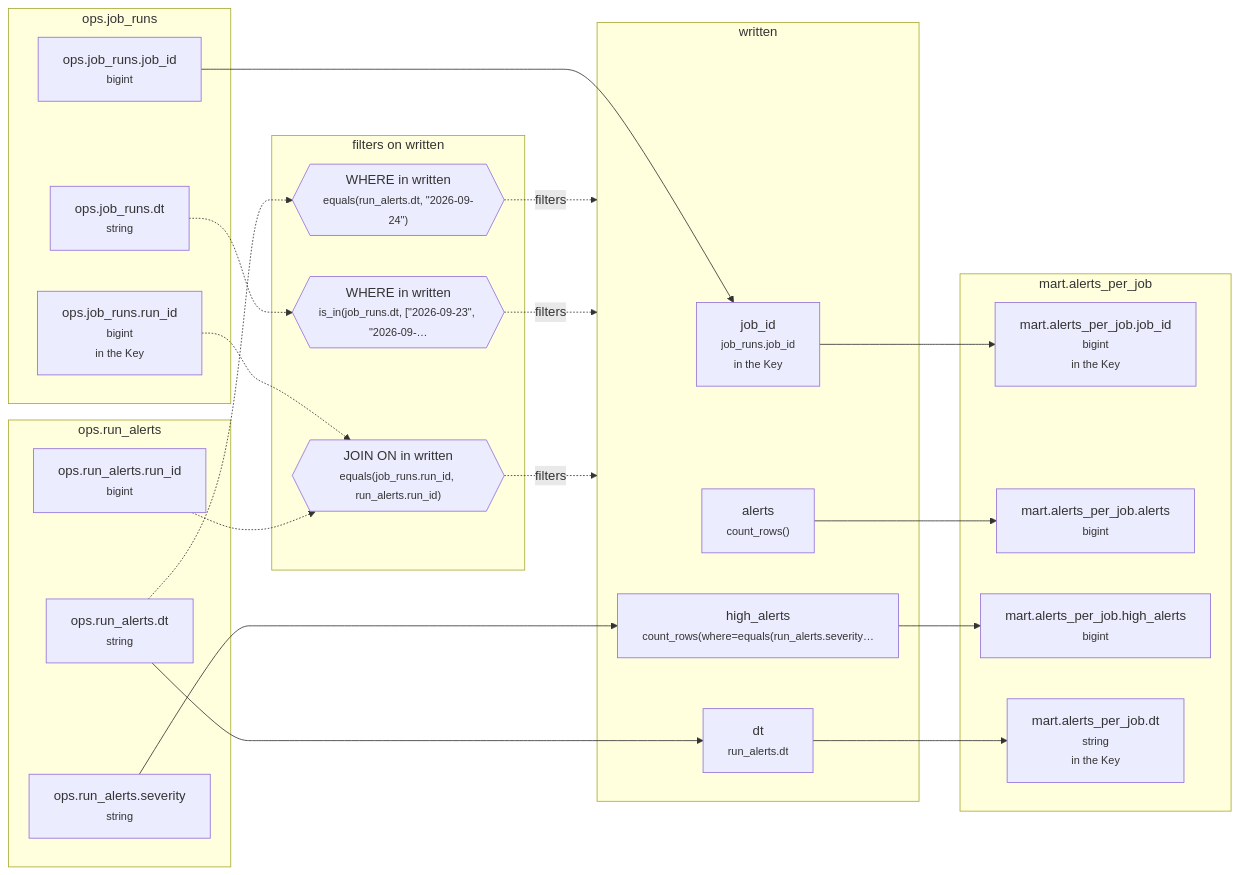
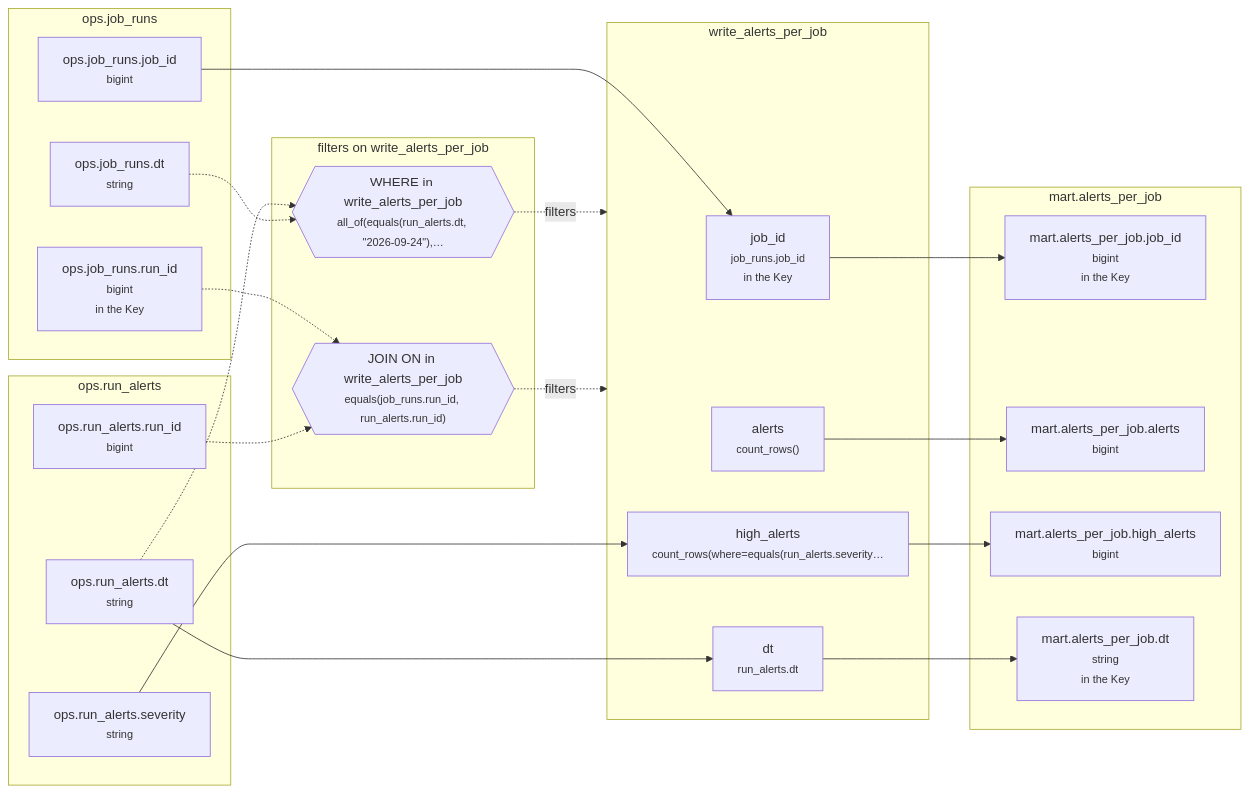
One commit to EdgyPage/SQL-Composer changed the diagram in example_projects/starter/tables/mart__alerts_per_job/lineage/20260925-060000-mart__alerts_per_job.md. Above: the diagram before and after it, drawn with Mermaid. The commit also changed other lines of this file and 148 other files, not shown here.

````diff
--- a/example_projects/starter/tables/mart__alerts_per_job/lineage/20260925-060000-mart__alerts_per_job.md
+++ b/example_projects/starter/tables/mart__alerts_per_job/lineage/20260925-060000-mart__alerts_per_job.md
@@ -7,44 +7,42 @@
 ```mermaid
 flowchart LR
   subgraph g0["ops.job_runs"]
     n0["ops.job_runs.job_id<br/><small>bigint</small>"]
-    n9["ops.job_runs.dt<br/><small>string</small>"]
-    n11["ops.job_runs.run_id<br/><small>bigint</small><br/><small>in the Key</small>"]
+    n8["ops.job_runs.dt<br/><small>string</small>"]
+    n10["ops.job_runs.run_id<br/><small>bigint</small><br/><small>in the Key</small>"]
   end
-  subgraph g1["written"]
+  subgraph g1["write_alerts_per_job"]
     n1["job_id<br/><small>job_runs.job_id</small><br/><small>in the Key</small>"]
     n2["alerts<br/><small>count_rows()</small>"]
     n4["high_alerts<br/><small>count_rows(where=equals(run_alerts.severity…</small>"]
     n6["dt<br/><small>run_alerts.dt</small>"]
   end
   subgraph g2["ops.run_alerts"]
     n3["ops.run_alerts.severity<br/><small>string</small>"]
     n5["ops.run_alerts.dt<br/><small>string</small>"]
-    n12["ops.run_alerts.run_id<br/><small>bigint</small>"]
+    n11["ops.run_alerts.run_id<br/><small>bigint</small>"]
   end
-  subgraph g3["filters on written"]
-    n7{{"WHERE in written<br/><small>equals(run_alerts.dt, #quot;2026-09-24#quot;)</small>"}}
-    n8{{"WHERE in written<br/><small>is_in(job_runs.dt, [#quot;2026-09-23#quot;, #quot;2026-09-…</small>"}}
-    n10{{"JOIN ON in written<br/><small>equals(job_runs.run_id, run_alerts.run_id)</small>"}}
+  subgraph g3["filters on write_alerts_per_job"]
+    n7{{"WHERE in write_alerts_per_job<br/><small>all_of(equals(run_alerts.dt, #quot;2026-09-24#quot;),…</small>"}}
+    n9{{"JOIN ON in write_alerts_per_job<br/><small>equals(job_runs.run_id, run_alerts.run_id)</small>"}}
   end
   subgraph g4["mart.alerts_per_job"]
-    n13["mart.alerts_per_job.job_id<br/><small>bigint</small><br/><small>in the Key</small>"]
-    n14["mart.alerts_per_job.alerts<br/><small>bigint</small>"]
-    n15["mart.alerts_per_job.high_alerts<br/><small>bigint</small>"]
-    n16["mart.alerts_per_job.dt<br/><small>string</small><br/><small>in the Key</small>"]
+    n12["mart.alerts_per_job.job_id<br/><small>bigint</small><br/><small>in the Key</small>"]
+    n13["mart.alerts_per_job.alerts<br/><small>bigint</small>"]
+    n14["mart.alerts_per_job.high_alerts<br/><small>bigint</small>"]
+    n15["mart.alerts_per_job.dt<br/><small>string</small><br/><small>in the Key</small>"]
   end
   n0 --> n1
   n3 --> n4
   n5 --> n6
   n5 -.-> n7
-  n9 -.-> n8
-  n11 -.-> n10
-  n12 -.-> n10
-  n1 --> n13
-  n2 --> n14
-  n4 --> n15
-  n6 --> n16
+  n8 -.-> n7
+  n10 -.-> n9
+  n11 -.-> n9
+  n1 --> n12
+  n2 --> n13
+  n4 --> n14
+  n6 --> n15
   n7 -.->|filters| g1
-  n8 -.->|filters| g1
-  n10 -.->|filters| g1
+  n9 -.->|filters| g1
 ```
````
